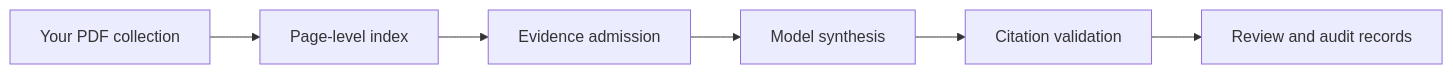
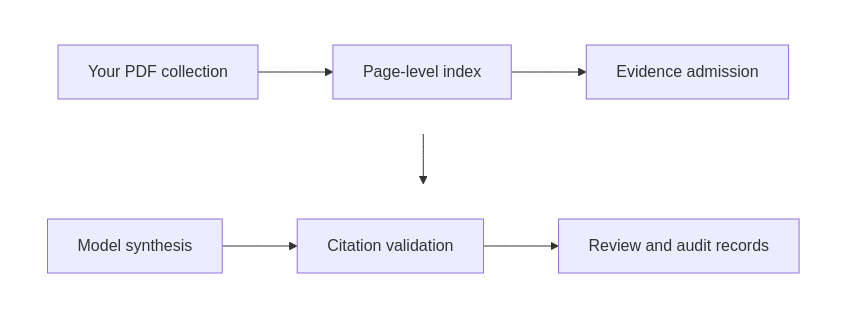
Before and after one commit to igbaccin/rrr-poc: the diagram in README.md, drawn with Mermaid. The commit also changed other lines of this file and 2 other files, not shown here.

````diff
--- a/README.md
+++ b/README.md
@@ -45,8 +45,14 @@
 ```mermaid
-flowchart LR
-    A["Your PDF collection"] --> B["Page-level index"]
-    B --> C["Evidence admission"]
-    C --> D["Model synthesis"]
-    D --> E["Citation validation"]
-    E --> F["Review and audit records"]
+flowchart TB
+    subgraph first[" "]
+        direction LR
+        A["Your PDF collection"] --> B["Page-level index"] --> C["Evidence admission"]
+    end
+    subgraph second[" "]
+        direction LR
+        D["Model synthesis"] --> E["Citation validation"] --> F["Review and audit records"]
+    end
+    C --> D
+    style first fill:none,stroke:none
+    style second fill:none,stroke:none
 ```
````
